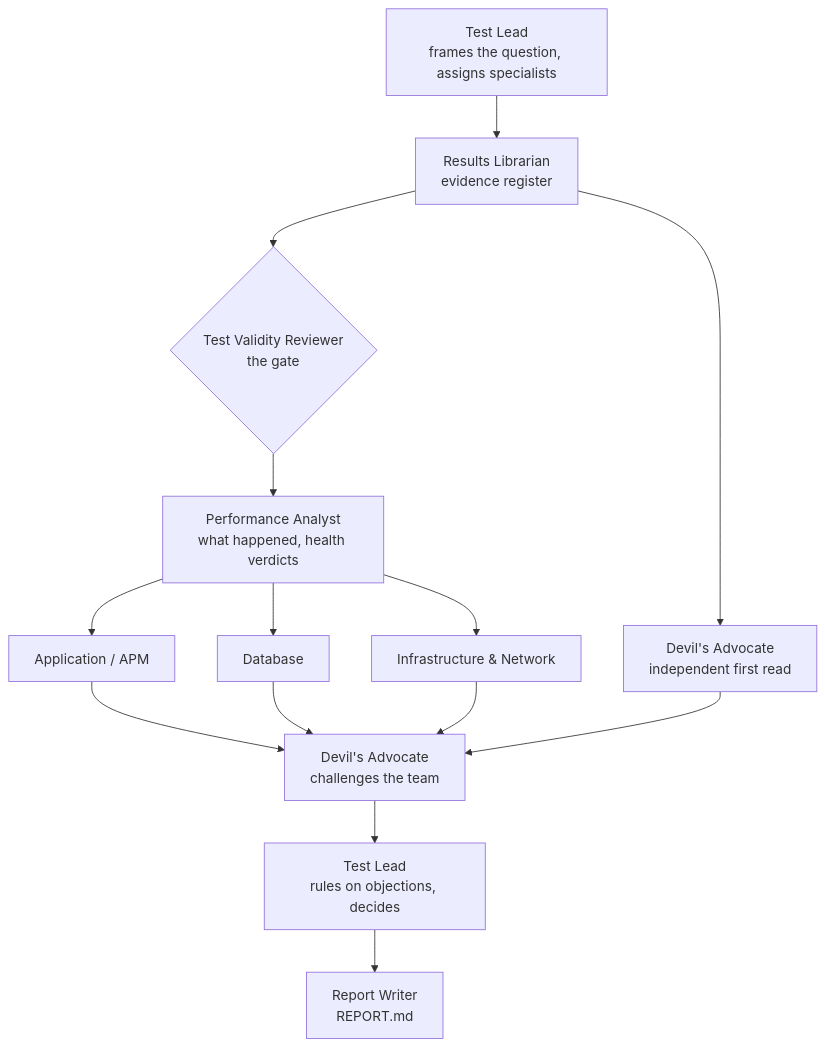
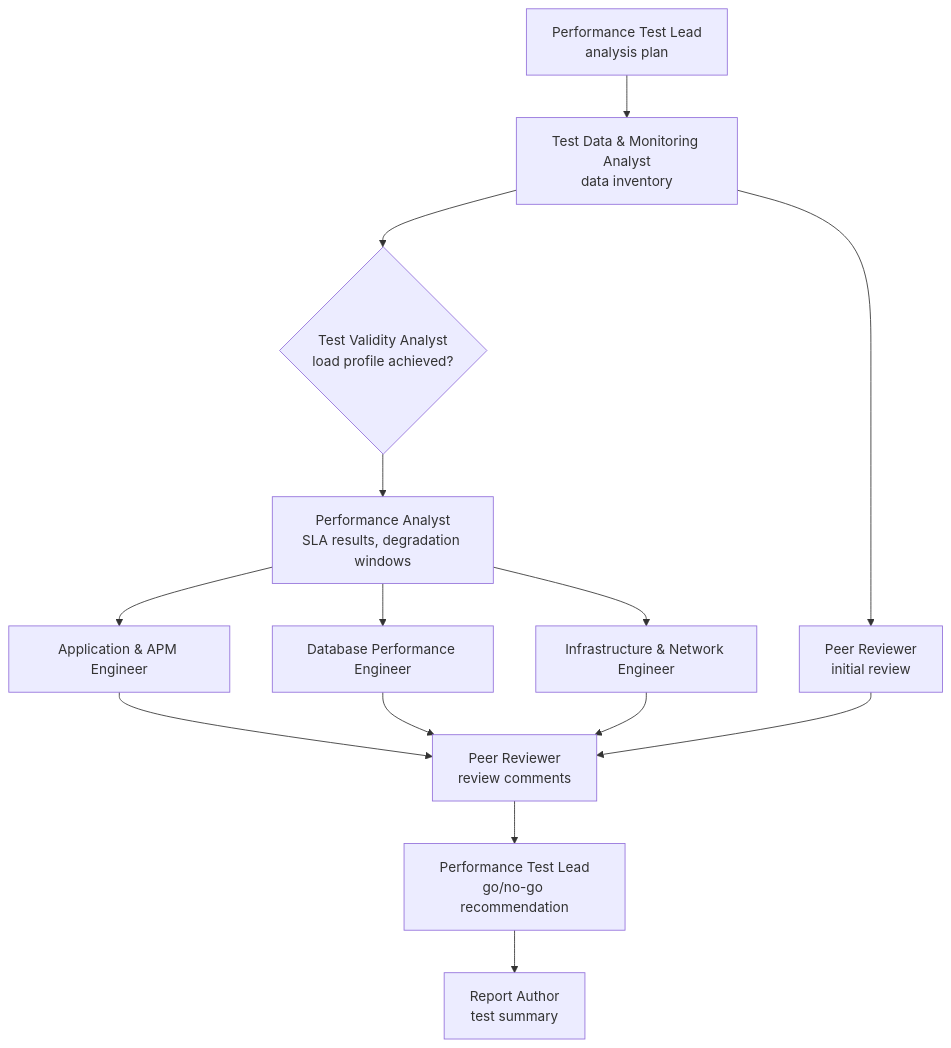
Before and after one commit to craiglabrie-lab/performance-evidence-lab: the diagram in agents/README.md, drawn with Mermaid. The commit also changed other lines of this file and 107 other files, not shown here.

````diff
--- a/agents/README.md
+++ b/agents/README.md
@@ -21,16 +21,16 @@
 ```mermaid
 flowchart TD
-    Lead1["Test Lead<br/>frames the question, assigns specialists"] --> Librarian["Results Librarian<br/>evidence register"]
-    Librarian --> Validity{"Test Validity Reviewer<br/>the gate"}
-    Librarian --> DA1["Devil's Advocate<br/>independent first read"]
-    Validity --> Analyst["Performance Analyst<br/>what happened, health verdicts"]
-    Analyst --> App["Application / APM"]
-    Analyst --> DB["Database"]
-    Analyst --> Infra["Infrastructure & Network"]
-    App --> DA2["Devil's Advocate<br/>challenges the team"]
-    DB --> DA2
-    Infra --> DA2
-    DA1 --> DA2
-    DA2 --> Lead2["Test Lead<br/>rules on objections, decides"]
-    Lead2 --> Writer["Report Writer<br/>REPORT.md"]
+    Lead1["Performance Test Lead<br/>analysis plan"] --> Data["Test Data & Monitoring Analyst<br/>data inventory"]
+    Data --> Validity{"Test Validity Analyst<br/>load profile achieved?"}
+    Data --> PR1["Peer Reviewer<br/>initial review"]
+    Validity --> Analyst["Performance Analyst<br/>SLA results, degradation windows"]
+    Analyst --> App["Application & APM Engineer"]
+    Analyst --> DB["Database Performance Engineer"]
+    Analyst --> Infra["Infrastructure & Network Engineer"]
+    App --> PR2["Peer Reviewer<br/>review comments"]
+    DB --> PR2
+    Infra --> PR2
+    PR1 --> PR2
+    PR2 --> Lead2["Performance Test Lead<br/>go/no-go recommendation"]
+    Lead2 --> Author["Report Author<br/>test summary"]
 ```
````
